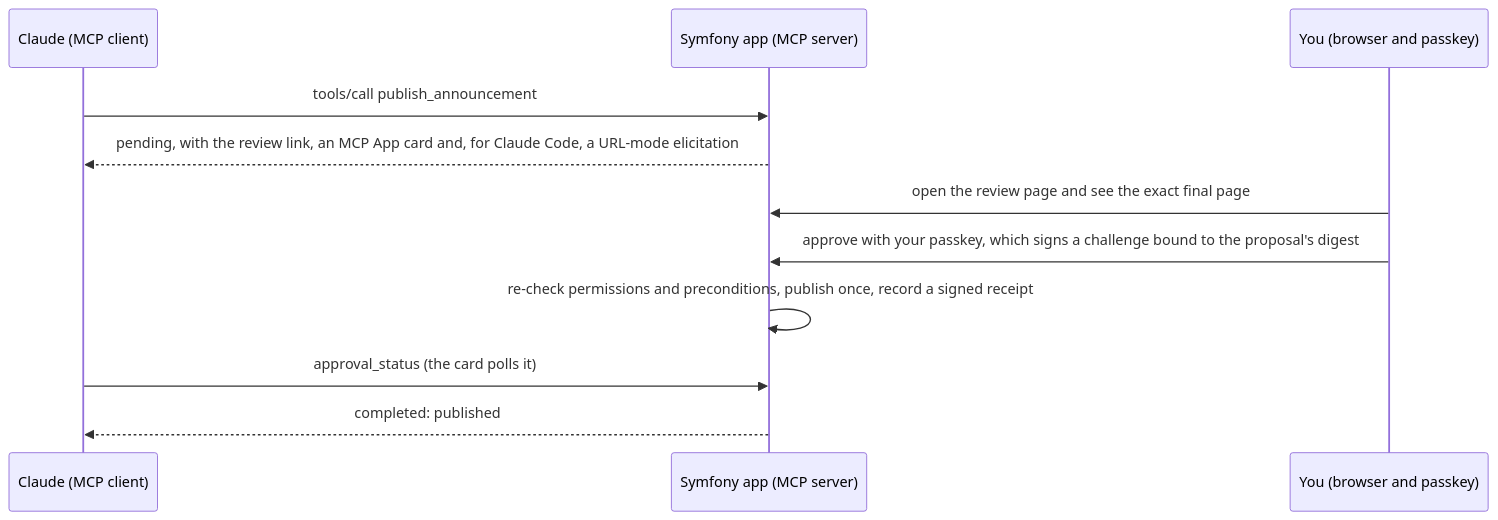
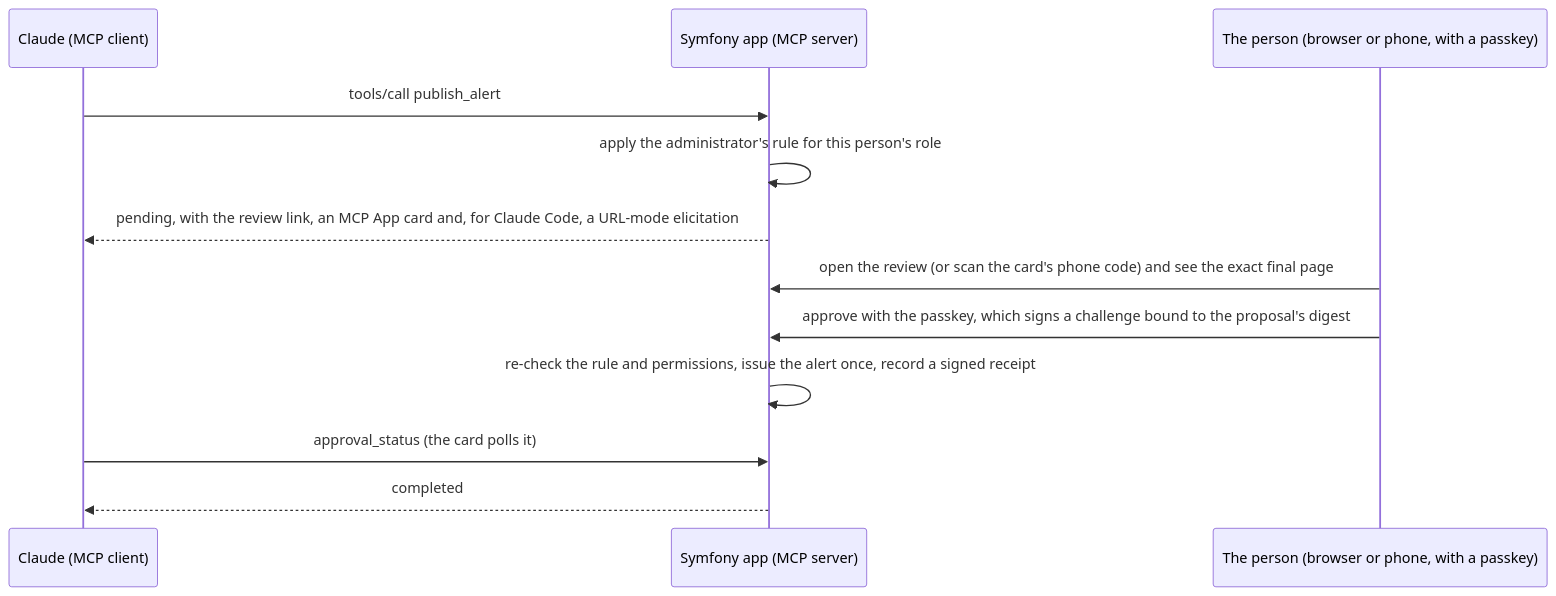
Before and after one commit to scottfalconer/verified-human-approval: the diagram in README.md, drawn with Mermaid. The commit also changed other lines of this file and 4 other files, not shown here.

First line of the commit message:
Docs for the alert story: per-role rule, claude.ai, the phone

````diff
--- a/README.md
+++ b/README.md
@@ -37,13 +66,14 @@
 ```mermaid
 sequenceDiagram
     participant C as Claude (MCP client)
     participant S as Symfony app (MCP server)
-    participant P as You (browser and passkey)
-    C->>S: tools/call publish_announcement
+    participant P as The person (browser or phone, with a passkey)
+    C->>S: tools/call publish_alert
+    S->>S: apply the administrator's rule for this person's role
     S-->>C: pending, with the review link, an MCP App card and, for Claude Code, a URL-mode elicitation
-    P->>S: open the review page and see the exact final page
-    P->>S: approve with your passkey, which signs a challenge bound to the proposal's digest
-    S->>S: re-check permissions and preconditions, publish once, record a signed receipt
+    P->>S: open the review (or scan the card's phone code) and see the exact final page
+    P->>S: approve with the passkey, which signs a challenge bound to the proposal's digest
+    S->>S: re-check the rule and permissions, issue the alert once, record a signed receipt
     C->>S: approval_status (the card polls it)
-    S-->>C: completed: published
+    S-->>C: completed
 ```
````
